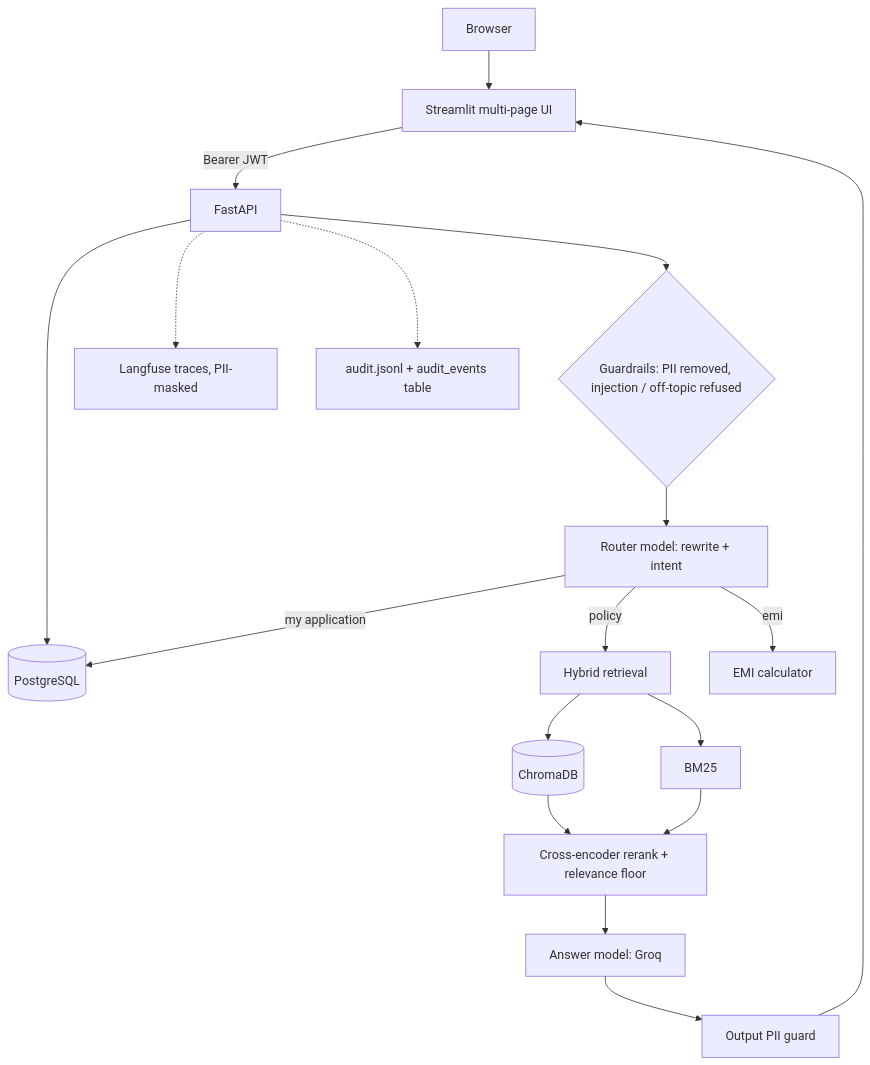
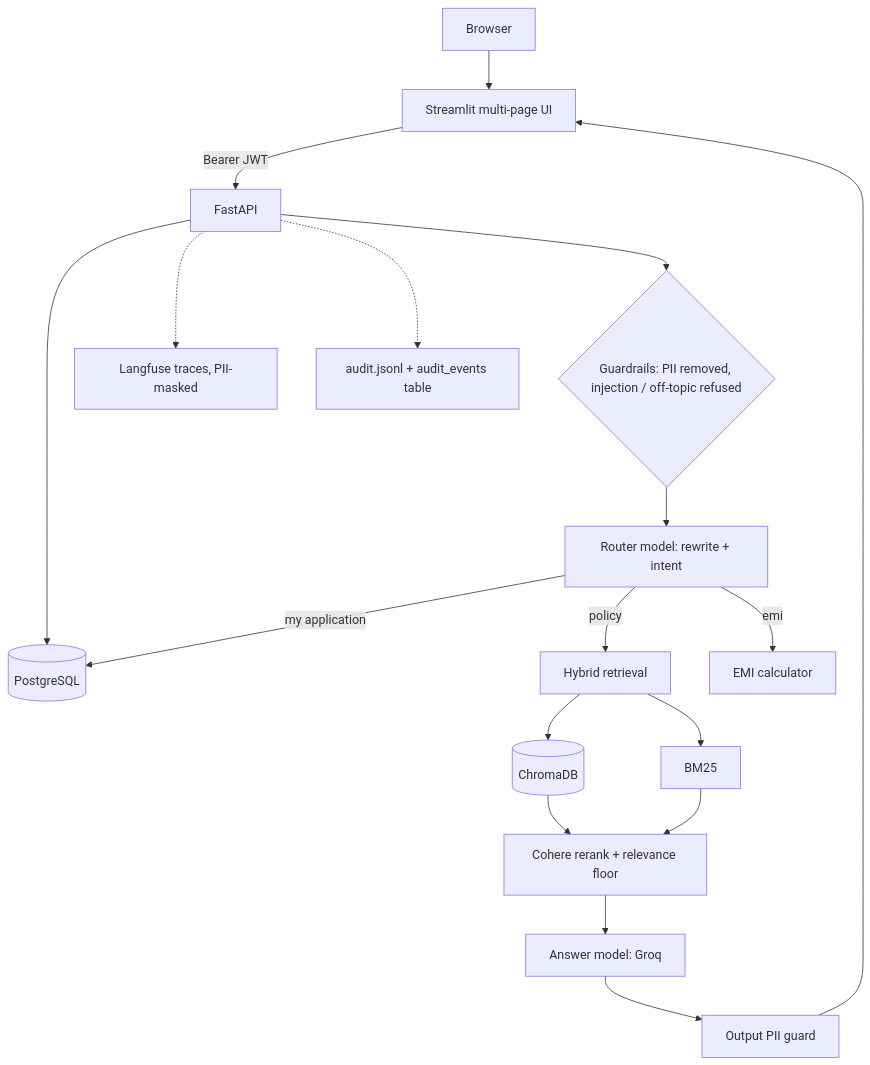
One commit to mrunrin/loan-eligibility-assistant changed the diagram in README.md. Above: the diagram before and after it, drawn with Mermaid. The commit also changed other lines of this file and 34 other files, not shown here.

````diff
--- a/README.md
+++ b/README.md
@@ -53,19 +53,19 @@
 ```mermaid
 flowchart TD
     U[Browser] --> S[Streamlit multi-page UI]
     S -->|Bearer JWT| A[FastAPI]
     A --> DB[(PostgreSQL)]
     A --> G{Guardrails: PII removed, injection / off-topic refused}
     G --> RT[Router model: rewrite + intent]
     RT -->|policy| R[Hybrid retrieval]
     RT -->|my application| DB
     RT -->|emi| E[EMI calculator]
     R --> C[(ChromaDB)]
     R --> B[BM25]
-    C --> X[Cross-encoder rerank + relevance floor]
+    C --> X[Cohere rerank + relevance floor]
     B --> X
     X --> L[Answer model: Groq]
     L --> O[Output PII guard] --> S
     A -.-> LF[Langfuse traces, PII-masked]
     A -.-> AU[audit.jsonl + audit_events table]
 ```
````
